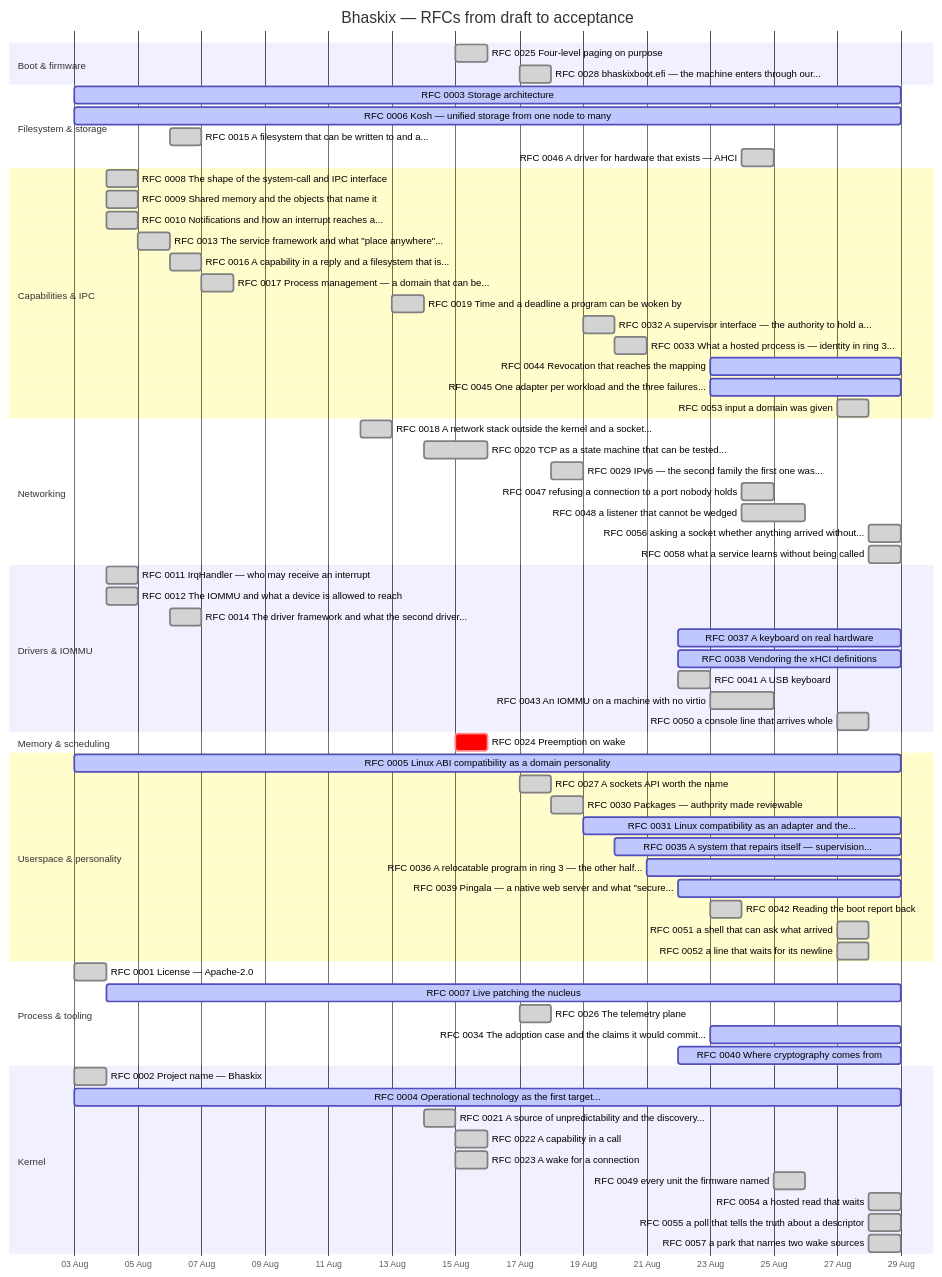
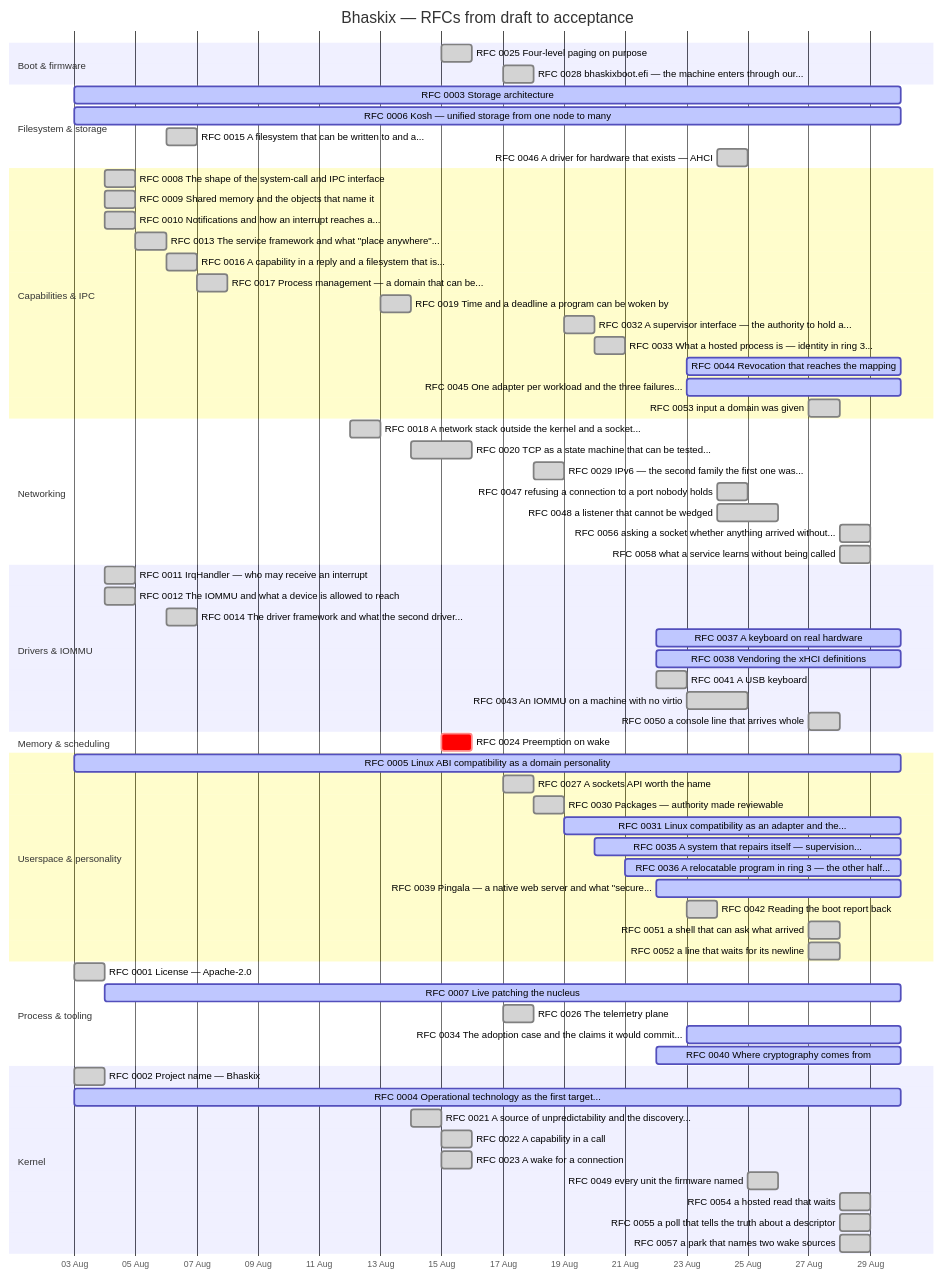
One commit to bhaskix/bhaskix changed the diagram in docs/progress.md. Above: the diagram before and after it, drawn with Mermaid. The commit also changed other lines of this file and 1 other file, not shown here.

First paragraph of the commit message:
docs: a second 1200 boots refutes my hypothesis, and the ring signature is five for five
1197 of 1200 passed, checksum stable throughout: three self-test failures, no
canary, no exception, no hang.

````diff
--- a/docs/progress.md
+++ b/docs/progress.md
@@ -24,74 +24,74 @@
 ```mermaid
 gantt
     title Bhaskix — RFCs from draft to acceptance
     dateFormat YYYY-MM-DD
     axisFormat %d %b
     todayMarker off
     section Boot & firmware
     RFC 0025 Four-level paging on purpose :done, r0025, 2026-08-15, 2026-08-16
     RFC 0028 bhaskixboot.efi — the machine enters through our... :done, r0028, 2026-08-17, 2026-08-18
     section Filesystem & storage
-    RFC 0003 Storage architecture :active, r0003, 2026-08-03, 2026-08-29
-    RFC 0006 Kosh — unified storage from one node to many :active, r0006, 2026-08-03, 2026-08-29
+    RFC 0003 Storage architecture :active, r0003, 2026-08-03, 2026-08-30
+    RFC 0006 Kosh — unified storage from one node to many :active, r0006, 2026-08-03, 2026-08-30
     RFC 0015 A filesystem that can be written to and a... :done, r0015, 2026-08-06, 1d
     RFC 0046 A driver for hardware that exists — AHCI :done, r0046, 2026-08-24, 1d
     section Capabilities & IPC
     RFC 0008 The shape of the system-call and IPC interface :done, r0008, 2026-08-04, 1d
     RFC 0009 Shared memory and the objects that name it :done, r0009, 2026-08-04, 1d
     RFC 0010 Notifications and how an interrupt reaches a... :done, r0010, 2026-08-04, 1d
     RFC 0013 The service framework and what "place anywhere"... :done, r0013, 2026-08-05, 1d
     RFC 0016 A capability in a reply and a filesystem that is... :done, r0016, 2026-08-06, 2026-08-07
     RFC 0017 Process management — a domain that can be... :done, r0017, 2026-08-07, 1d
     RFC 0019 Time and a deadline a program can be woken by :done, r0019, 2026-08-13, 2026-08-14
     RFC 0032 A supervisor interface — the authority to hold a... :done, r0032, 2026-08-19, 2026-08-20
     RFC 0033 What a hosted process is — identity in ring 3... :done, r0033, 2026-08-20, 1d
-    RFC 0044 Revocation that reaches the mapping :active, r0044, 2026-08-23, 2026-08-29
-    RFC 0045 One adapter per workload and the three failures... :active, r0045, 2026-08-23, 2026-08-29
+    RFC 0044 Revocation that reaches the mapping :active, r0044, 2026-08-23, 2026-08-30
+    RFC 0045 One adapter per workload and the three failures... :active, r0045, 2026-08-23, 2026-08-30
     RFC 0053 input a domain was given :done, r0053, 2026-08-27, 1d
     section Networking
     RFC 0018 A network stack outside the kernel and a socket... :done, r0018, 2026-08-12, 2026-08-13
     RFC 0020 TCP as a state machine that can be tested... :done, r0020, 2026-08-14, 2026-08-16
     RFC 0029 IPv6 — the second family the first one was... :done, r0029, 2026-08-18, 1d
     RFC 0047 refusing a connection to a port nobody holds :done, r0047, 2026-08-24, 1d
     RFC 0048 a listener that cannot be wedged :done, r0048, 2026-08-24, 2026-08-26
     RFC 0056 asking a socket whether anything arrived without... :done, r0056, 2026-08-28, 1d
     RFC 0058 what a service learns without being called :done, r0058, 2026-08-28, 1d
     section Drivers & IOMMU
     RFC 0011 IrqHandler — who may receive an interrupt :done, r0011, 2026-08-04, 1d
     RFC 0012 The IOMMU and what a device is allowed to reach :done, r0012, 2026-08-04, 1d
     RFC 0014 The driver framework and what the second driver... :done, r0014, 2026-08-06, 1d
-    RFC 0037 A keyboard on real hardware :active, r0037, 2026-08-22, 2026-08-29
-    RFC 0038 Vendoring the xHCI definitions :active, r0038, 2026-08-22, 2026-08-29
+    RFC 0037 A keyboard on real hardware :active, r0037, 2026-08-22, 2026-08-30
+    RFC 0038 Vendoring the xHCI definitions :active, r0038, 2026-08-22, 2026-08-30
     RFC 0041 A USB keyboard :done, r0041, 2026-08-22, 2026-08-23
     RFC 0043 An IOMMU on a machine with no virtio :done, r0043, 2026-08-23, 2026-08-25
     RFC 0050 a console line that arrives whole :done, r0050, 2026-08-27, 1d
     section Memory & scheduling
     RFC 0024 Preemption on wake :crit, r0024, 2026-08-15, 1d
     section Userspace & personality
-    RFC 0005 Linux ABI compatibility as a domain personality :active, r0005, 2026-08-03, 2026-08-29
+    RFC 0005 Linux ABI compatibility as a domain personality :active, r0005, 2026-08-03, 2026-08-30
     RFC 0027 A sockets API worth the name :done, r0027, 2026-08-17, 1d
     RFC 0030 Packages — authority made reviewable :done, r0030, 2026-08-18, 2026-08-19
-    RFC 0031 Linux compatibility as an adapter and the... :active, r0031, 2026-08-19, 2026-08-29
-    RFC 0035 A system that repairs itself — supervision... :active, r0035, 2026-08-20, 2026-08-29
-    RFC 0036 A relocatable program in ring 3 — the other half... :active, r0036, 2026-08-21, 2026-08-29
-    RFC 0039 Pingala — a native web server and what "secure... :active, r0039, 2026-08-22, 2026-08-29
+    RFC 0031 Linux compatibility as an adapter and the... :active, r0031, 2026-08-19, 2026-08-30
+    RFC 0035 A system that repairs itself — supervision... :active, r0035, 2026-08-20, 2026-08-30
+    RFC 0036 A relocatable program in ring 3 — the other half... :active, r0036, 2026-08-21, 2026-08-30
+    RFC 0039 Pingala — a native web server and what "secure... :active, r0039, 2026-08-22, 2026-08-30
     RFC 0042 Reading the boot report back :done, r0042, 2026-08-23, 1d
     RFC 0051 a shell that can ask what arrived :done, r0051, 2026-08-27, 1d
     RFC 0052 a line that waits for its newline :done, r0052, 2026-08-27, 1d
     section Process & tooling
     RFC 0001 License — Apache-2.0 :done, r0001, 2026-08-03, 1d
-    RFC 0007 Live patching the nucleus :active, r0007, 2026-08-04, 2026-08-29
+    RFC 0007 Live patching the nucleus :active, r0007, 2026-08-04, 2026-08-30
     RFC 0026 The telemetry plane :done, r0026, 2026-08-17, 1d
-    RFC 0034 The adoption case and the claims it would commit... :active, r0034, 2026-08-23, 2026-08-29
-    RFC 0040 Where cryptography comes from :active, r0040, 2026-08-22, 2026-08-29
+    RFC 0034 The adoption case and the claims it would commit... :active, r0034, 2026-08-23, 2026-08-30
+    RFC 0040 Where cryptography comes from :active, r0040, 2026-08-22, 2026-08-30
     section Kernel
     RFC 0002 Project name — Bhaskix :done, r0002, 2026-08-03, 1d
-    RFC 0004 Operational technology as the first target... :active, r0004, 2026-08-03, 2026-08-29
+    RFC 0004 Operational technology as the first target... :active, r0004, 2026-08-03, 2026-08-30
     RFC 0021 A source of unpredictability and the discovery... :done, r0021, 2026-08-14, 1d
     RFC 0022 A capability in a call :done, r0022, 2026-08-15, 2026-08-16
     RFC 0023 A wake for a connection :done, r0023, 2026-08-15, 2026-08-16
     RFC 0049 every unit the firmware named :done, r0049, 2026-08-25, 1d
     RFC 0054 a hosted read that waits :done, r0054, 2026-08-28, 1d
     RFC 0055 a poll that tells the truth about a descriptor :done, r0055, 2026-08-28, 1d
     RFC 0057 a park that names two wake sources :done, r0057, 2026-08-28, 1d
 ```
````
